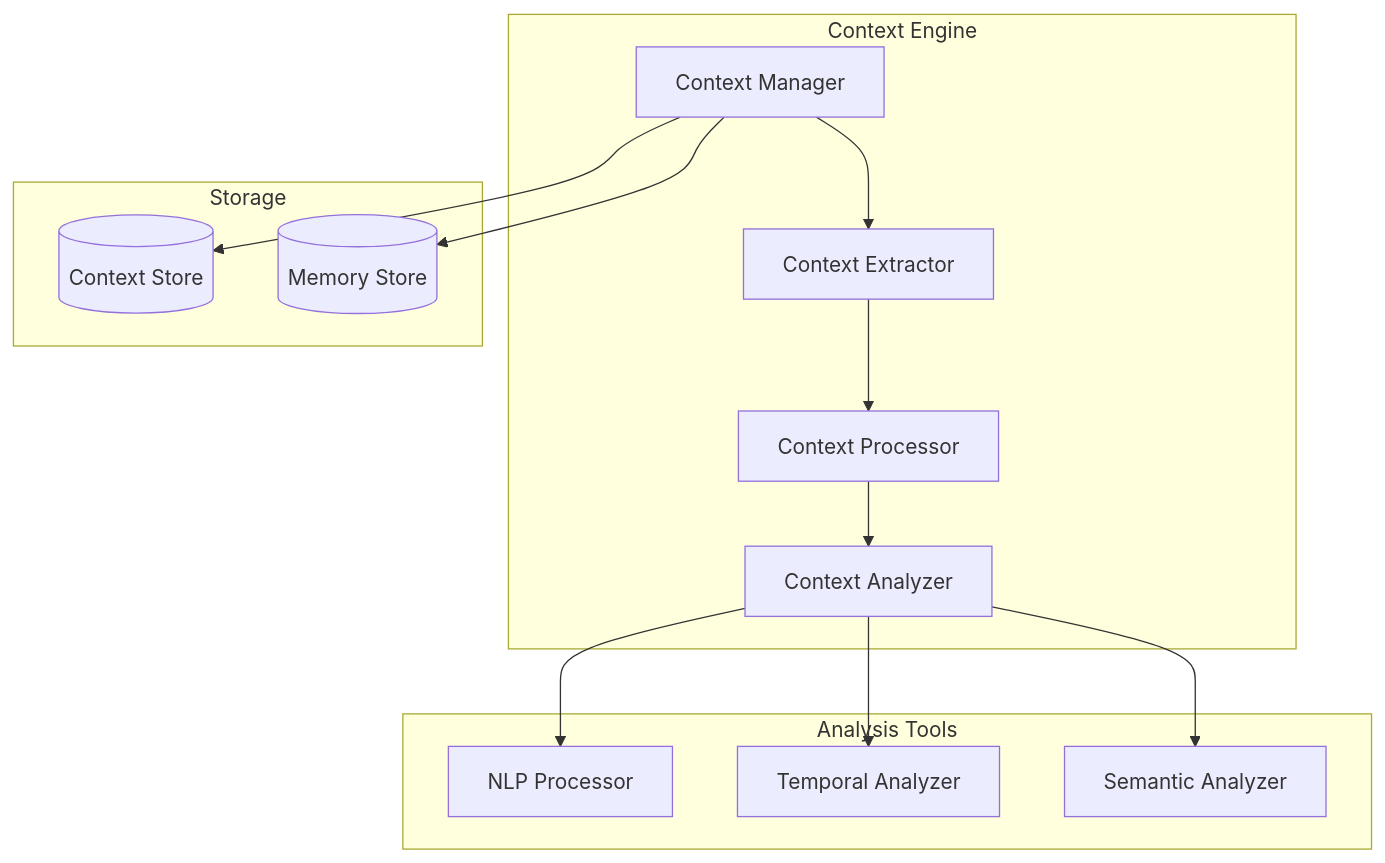
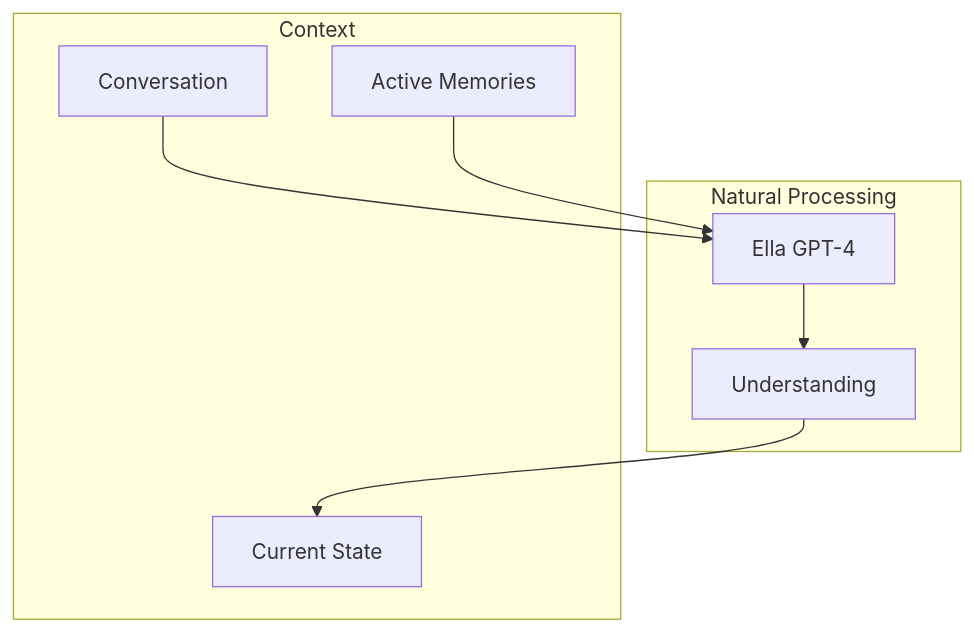
Before and after one commit to lanethefox/ProjectEUMAS: the diagram in docs/components/context.md, drawn with Mermaid. The commit also changed other lines of this file and 3 other files, not shown here.

````diff
--- a/docs/components/context.md
+++ b/docs/components/context.md
@@ -9,29 +10,18 @@
 ```mermaid
 graph TD
-    subgraph Context Engine
-        CA[Context Analyzer]
-        CP[Context Processor]
-        CE[Context Extractor]
-        CM[Context Manager]
+    C[Conversation] --> E[Ella GPT-4]
+    M[Active Memories] --> E
+    E --> U[Understanding]
+    U --> S[Current State]
+    
+    subgraph "Natural Processing"
+        E
+        U
     end
-
-    subgraph Analysis Tools
-        NLP[NLP Processor]
-        TA[Temporal Analyzer]
-        SA[Semantic Analyzer]
+    
+    subgraph "Context"
+        C
+        M
+        S
     end
-
-    subgraph Storage
-        CS[(Context Store)]
-        MS[(Memory Store)]
-    end
-
-    CA --> NLP
-    CA --> TA
-    CA --> SA
-    CP --> CA
-    CE --> CP
-    CM --> CE
-    CM --> CS
-    CM --> MS
 ```
````
